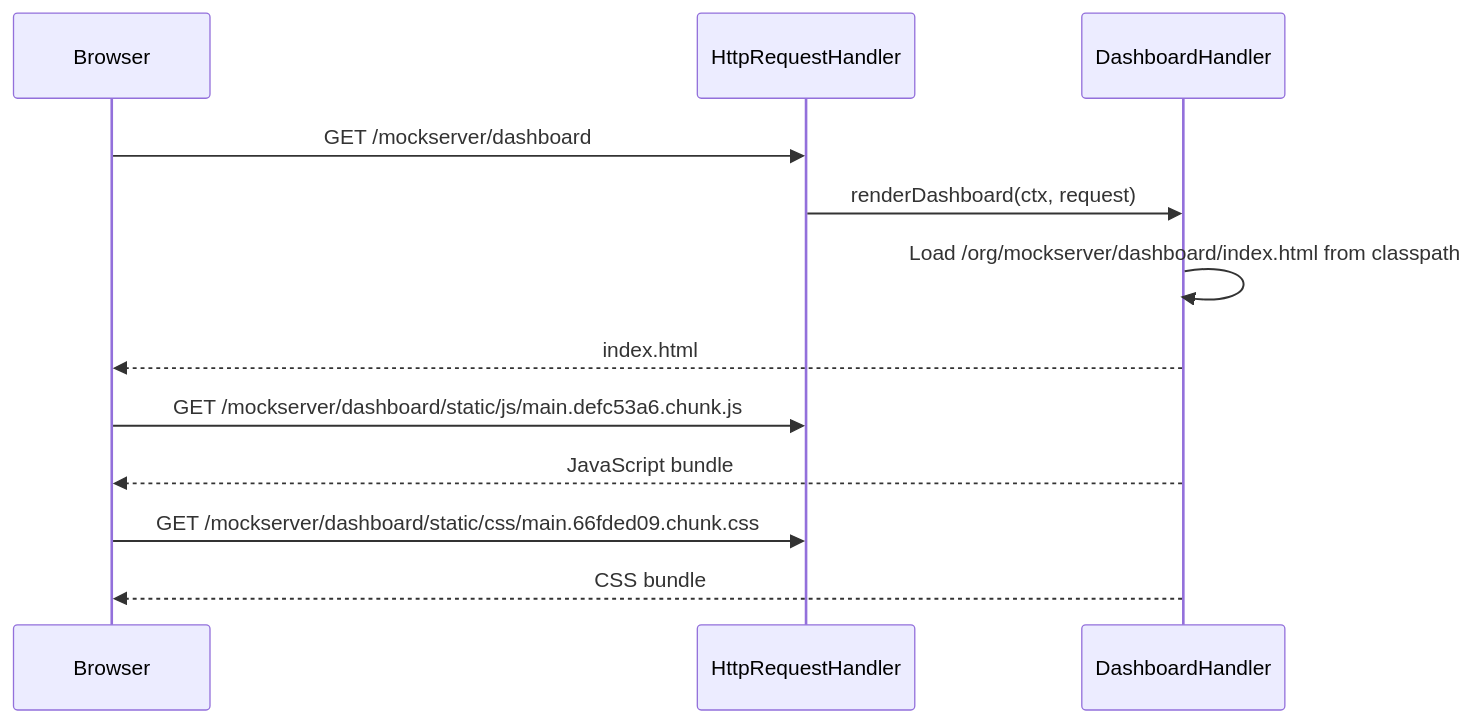
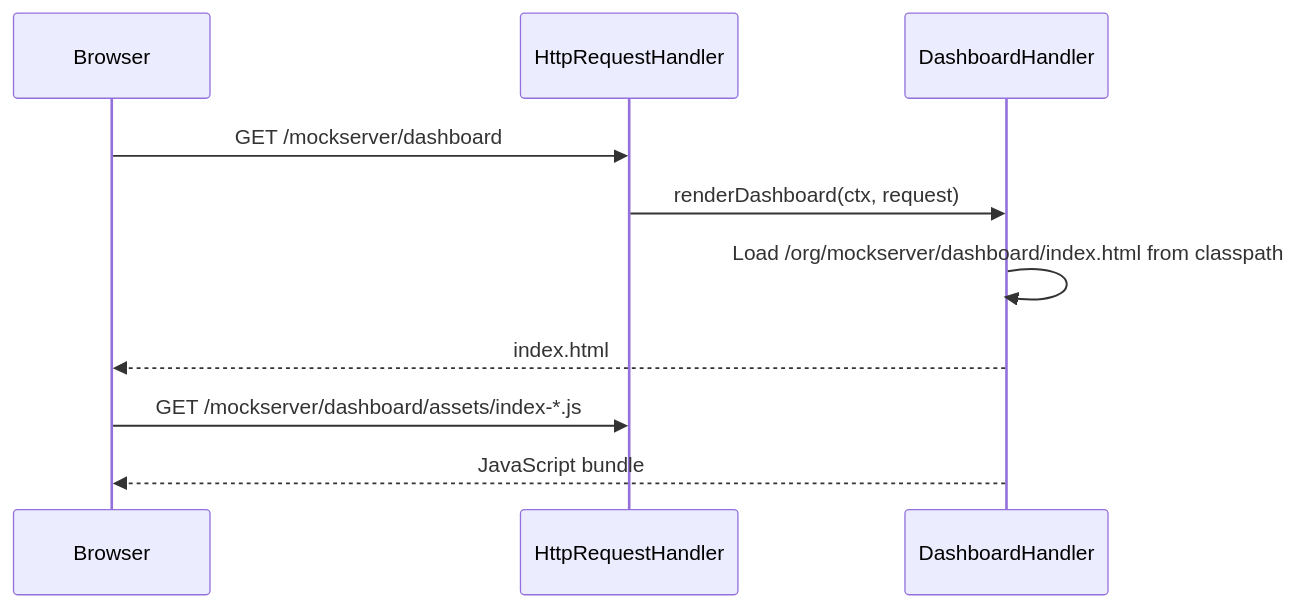
The second of 4 diagrams in docs/code/dashboard-ui.md (mock-server/mockserver), drawn with Mermaid before and after one commit. The commit also changed other lines of this file and 18 other files, not shown here.

````diff
--- a/docs/code/dashboard-ui.md
+++ b/docs/code/dashboard-ui.md
@@ -41,15 +41,13 @@
 ```mermaid
 sequenceDiagram
     participant B as Browser
     participant HRH as HttpRequestHandler
     participant DH as DashboardHandler
 
     B->>HRH: GET /mockserver/dashboard
     HRH->>DH: renderDashboard(ctx, request)
     DH->>DH: Load /org/mockserver/dashboard/index.html from classpath
     DH-->>B: index.html
-    B->>HRH: GET /mockserver/dashboard/static/js/main.defc53a6.chunk.js
+    B->>HRH: GET /mockserver/dashboard/assets/index-*.js
     DH-->>B: JavaScript bundle
-    B->>HRH: GET /mockserver/dashboard/static/css/main.66fded09.chunk.css
-    DH-->>B: CSS bundle
 ```
````
